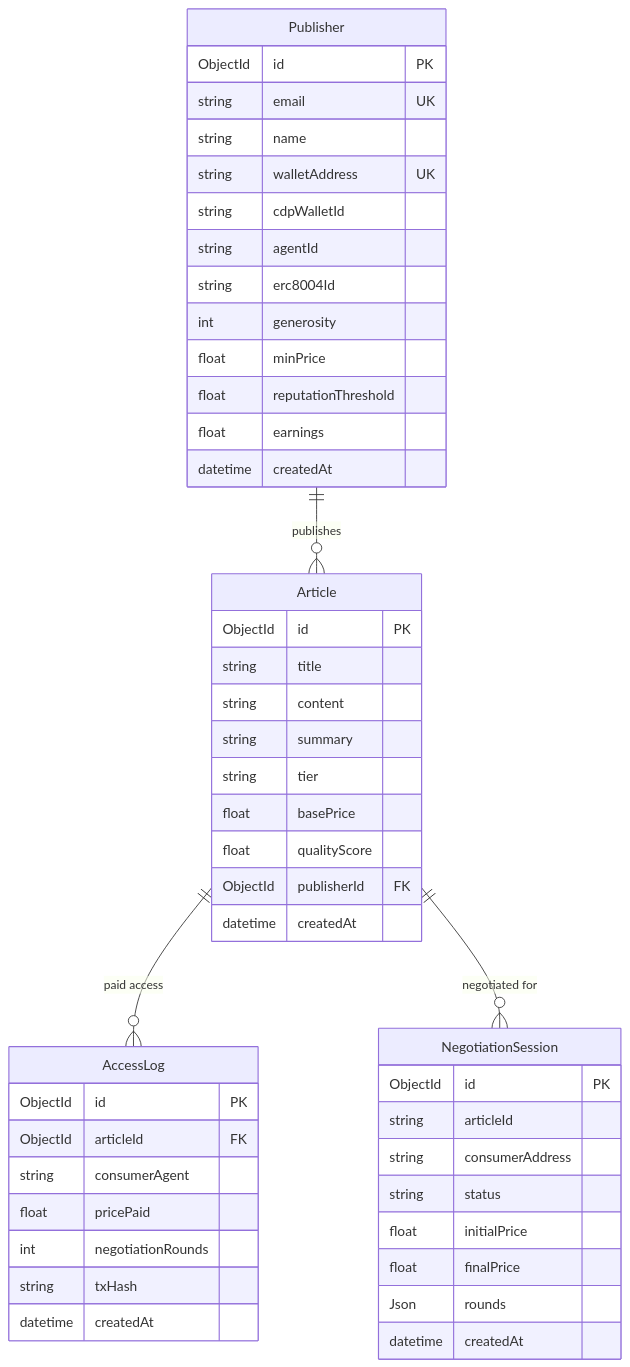
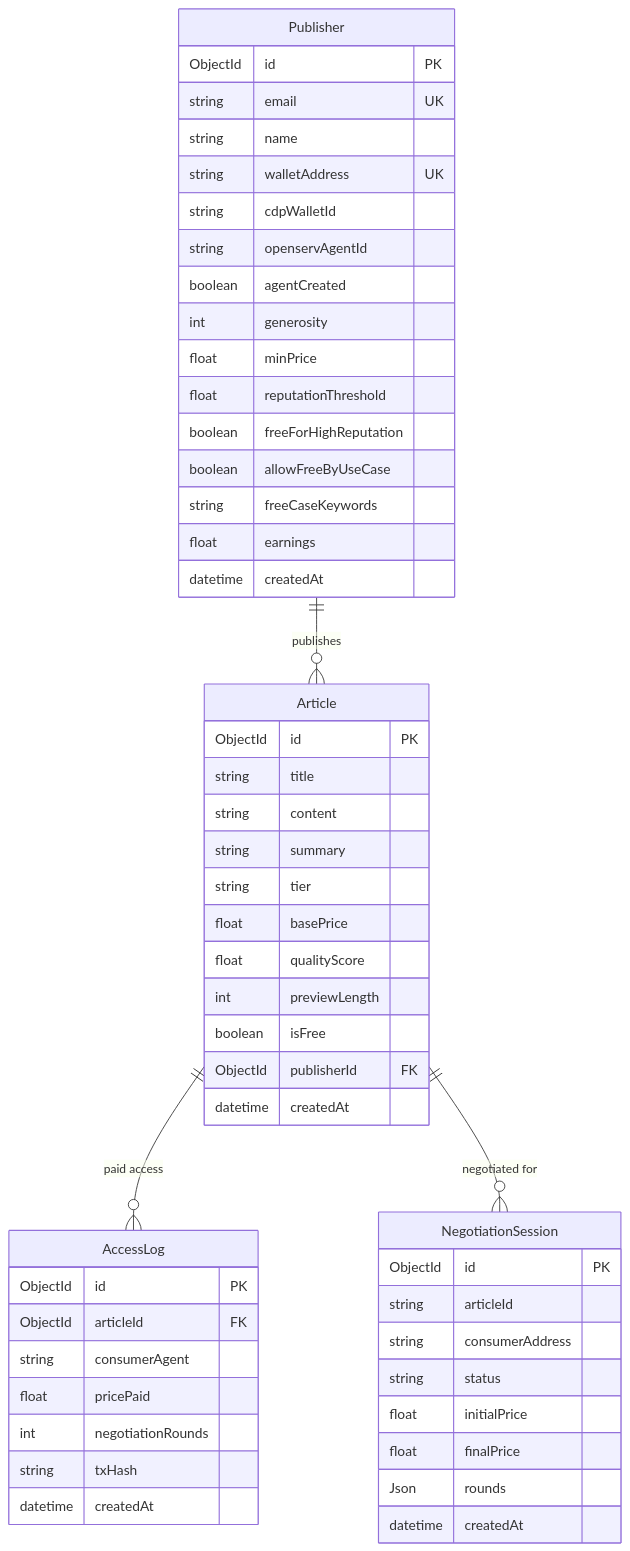
The eighth of 10 diagrams in workflow.md (sumithprabhu/Synthesis), drawn with Mermaid before and after one commit. The commit also changed other lines of this file and 11 other files, not shown here.

````diff
--- a/workflow.md
+++ b/workflow.md
@@ -268,54 +366,59 @@
 ```mermaid
 erDiagram
     Publisher {
         ObjectId id PK
         string email UK
         string name
         string walletAddress UK
         string cdpWalletId
-        string agentId
-        string erc8004Id
+        string openservAgentId
+        boolean agentCreated
         int generosity
         float minPrice
         float reputationThreshold
+        boolean freeForHighReputation
+        boolean allowFreeByUseCase
+        string freeCaseKeywords
         float earnings
         datetime createdAt
     }
 
     Article {
         ObjectId id PK
         string title
         string content
         string summary
         string tier
         float basePrice
         float qualityScore
+        int previewLength
+        boolean isFree
         ObjectId publisherId FK
         datetime createdAt
     }
 
     NegotiationSession {
         ObjectId id PK
         string articleId
         string consumerAddress
         string status
         float initialPrice
         float finalPrice
         Json rounds
         datetime createdAt
     }
 
     AccessLog {
         ObjectId id PK
         ObjectId articleId FK
         string consumerAgent
         float pricePaid
         int negotiationRounds
         string txHash
         datetime createdAt
     }
 
     Publisher ||--o{ Article : publishes
     Article ||--o{ AccessLog : "paid access"
     Article ||--o{ NegotiationSession : "negotiated for"
 ```
````
